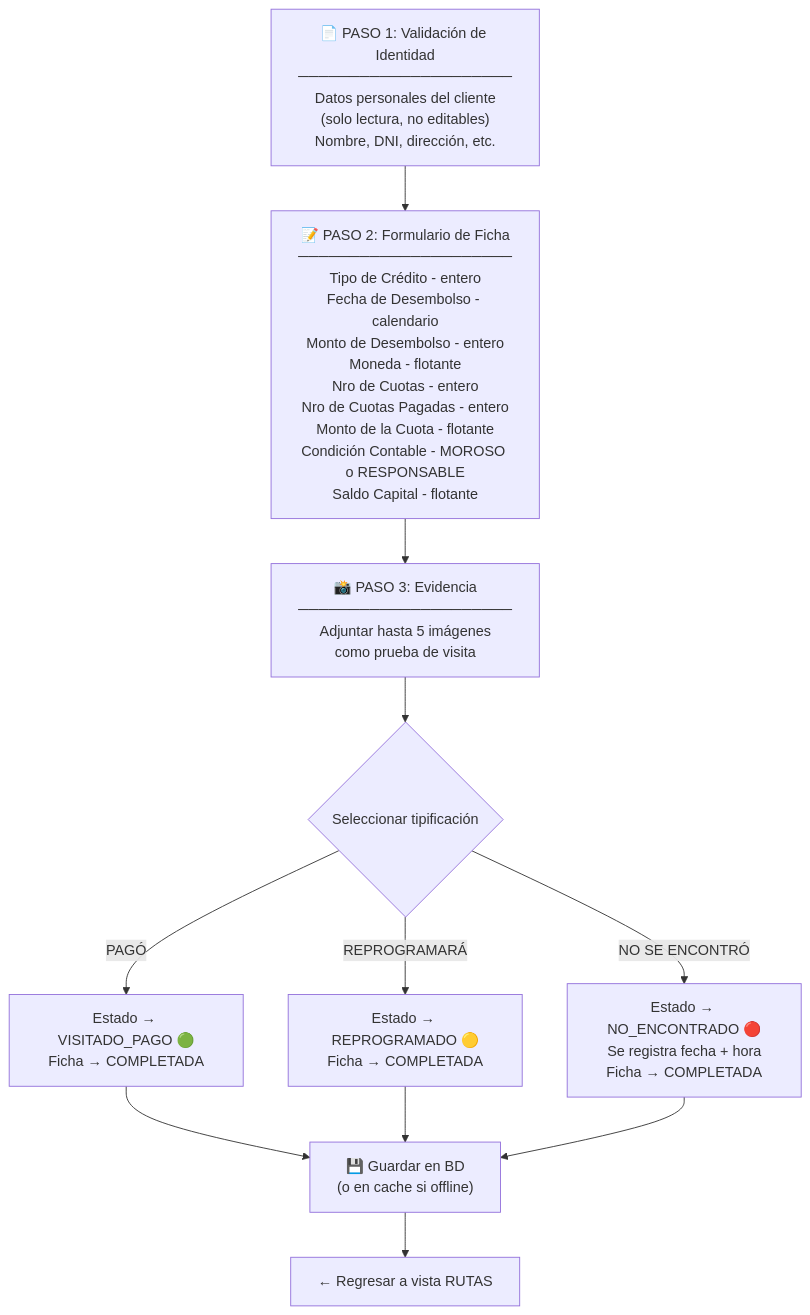
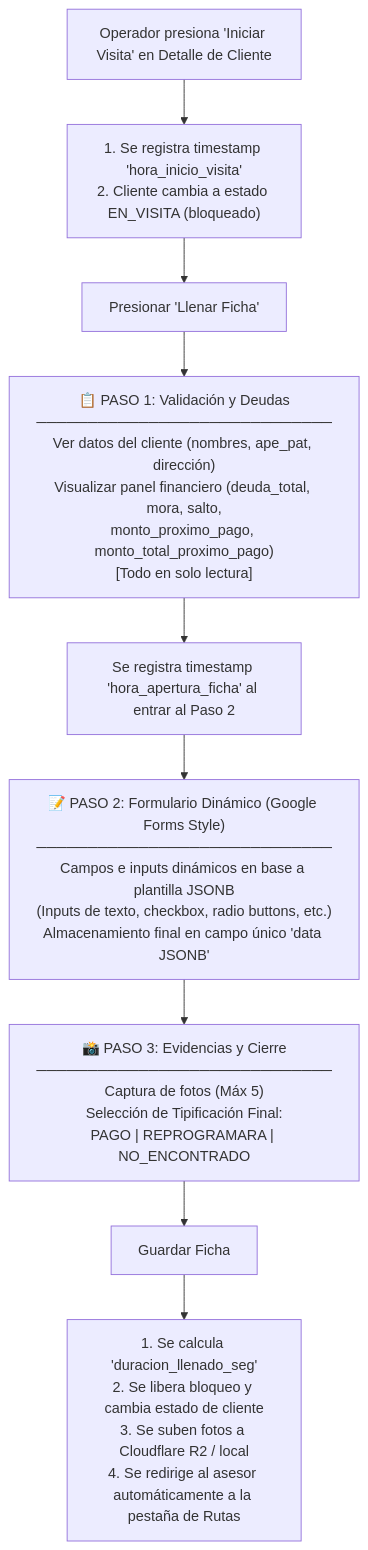
Before and after one commit to carlosaherrerap/rutaZero: the fifth of 5 diagrams in docs/diagrama_flujo.md, drawn with Mermaid. The commit also changed other lines of this file and 38 other files, not shown here.

````diff
--- a/docs/diagrama_flujo.md
+++ b/docs/diagrama_flujo.md
@@ -152,21 +141,16 @@
 ```mermaid
 flowchart TD
-    PASO1["📄 PASO 1: Validación de Identidad<br/>─────────────────────<br/>Datos personales del cliente<br/>(solo lectura, no editables)<br/>Nombre, DNI, dirección, etc."]
-    PASO1 --> PASO2
-
-    PASO2["📝 PASO 2: Formulario de Ficha<br/>─────────────────────<br/>Tipo de Crédito - entero<br/>Fecha de Desembolso - calendario<br/>Monto de Desembolso - entero<br/>Moneda - flotante<br/>Nro de Cuotas - entero<br/>Nro de Cuotas Pagadas - entero<br/>Monto de la Cuota - flotante<br/>Condición Contable - MOROSO o RESPONSABLE<br/>Saldo Capital - flotante"]
-    PASO2 --> PASO3
-
-    PASO3["📸 PASO 3: Evidencia<br/>─────────────────────<br/>Adjuntar hasta 5 imágenes<br/>como prueba de visita"]
-    PASO3 --> TIP
-
-    TIP{"Seleccionar tipificación"}
-    TIP -- "PAGÓ" --> G1["Estado → VISITADO_PAGO 🟢<br/>Ficha → COMPLETADA"]
-    TIP -- "REPROGRAMARÁ" --> G2["Estado → REPROGRAMADO 🟡<br/>Ficha → COMPLETADA"]
-    TIP -- "NO SE ENCONTRÓ" --> G3["Estado → NO_ENCONTRADO 🔴<br/>Se registra fecha + hora<br/>Ficha → COMPLETADA"]
-
-    G1 --> SAVE["💾 Guardar en BD<br/>(o en cache si offline)"]
-    G2 --> SAVE
-    G3 --> SAVE
-    SAVE --> BACK["← Regresar a vista RUTAS"]
+    A["Operador presiona 'Iniciar Visita' en Detalle de Cliente"] --> B["1. Se registra timestamp 'hora_inicio_visita'<br/>2. Cliente cambia a estado EN_VISITA (bloqueado)"]
+    B --> C["Presionar 'Llenar Ficha'"]
+    
+    C --> D["📋 PASO 1: Validación y Deudas<br/>─────────────────────────────<br/>Ver datos del cliente (nombres, ape_pat, dirección)<br/>Visualizar panel financiero (deuda_total, mora, salto,<br/>monto_proximo_pago, monto_total_proximo_pago)<br/>[Todo en solo lectura]"]
+    
+    D --> E["Se registra timestamp 'hora_apertura_ficha' al entrar al Paso 2"]
+    
+    E --> F["📝 PASO 2: Formulario Dinámico (Google Forms Style)<br/>─────────────────────────────<br/>Campos e inputs dinámicos en base a plantilla JSONB<br/>(Inputs de texto, checkbox, radio buttons, etc.)<br/>Almacenamiento final en campo único 'data JSONB'"]
+    
+    F --> G["📸 PASO 3: Evidencias y Cierre<br/>─────────────────────────────<br/>Captura de fotos (Máx 5)<br/>Selección de Tipificación Final:<br/>PAGO | REPROGRAMARA | NO_ENCONTRADO"]
+    
+    G --> H["Guardar Ficha"]
+    H --> I["1. Se calcula 'duracion_llenado_seg'<br/>2. Se libera bloqueo y cambia estado de cliente<br/>3. Se suben fotos a Cloudflare R2 / local<br/>4. Se redirige al asesor automáticamente a la pestaña de Rutas"]
 ```
````
